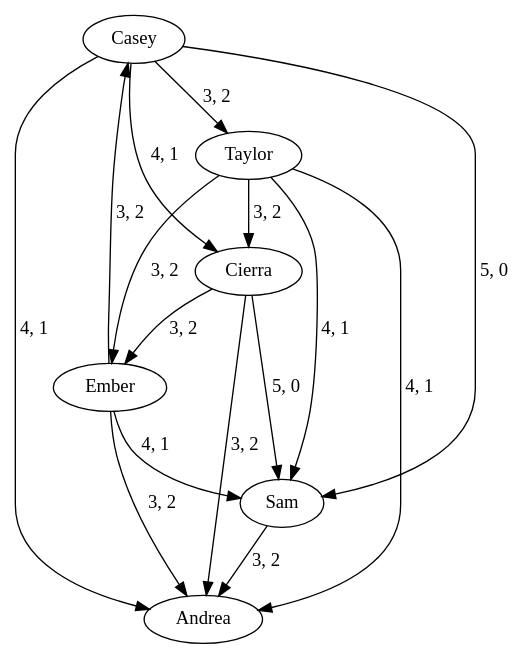
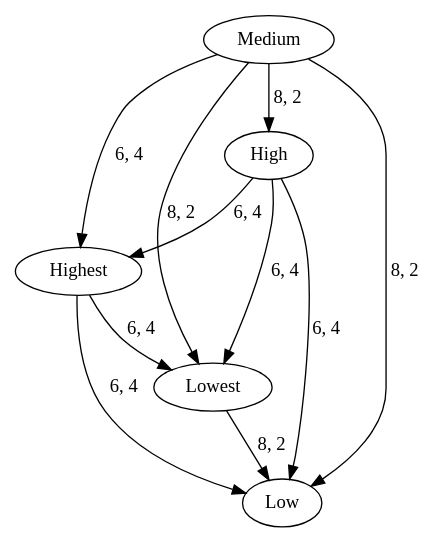
The diagram in Program3/graphImages/sameWeightPref.gv (efair4/CS5110), drawn with Graphviz before and after one commit. The commit also changed 8 other files, not shown here.

```diff
--- a/Program3/graphImages/sameWeightPref.gv
+++ b/Program3/graphImages/sameWeightPref.gv
@@ -1,23 +1,17 @@
 digraph {
-	Casey
-	Cierra
-	Ember
-	Taylor
-	Sam
-	Andrea
-	Casey -> Cierra [label="4, 1" weight=4]
-	Ember -> Casey [label="3, 2" weight=3]
-	Casey -> Taylor [label="3, 2" weight=3]
-	Casey -> Sam [label="5, 0" weight=5]
-	Casey -> Andrea [label="4, 1" weight=4]
-	Cierra -> Ember [label="3, 2" weight=3]
-	Taylor -> Cierra [label="3, 2" weight=3]
-	Cierra -> Sam [label="5, 0" weight=5]
-	Cierra -> Andrea [label="3, 2" weight=3]
-	Taylor -> Ember [label="3, 2" weight=3]
-	Ember -> Sam [label="4, 1" weight=4]
-	Ember -> Andrea [label="3, 2" weight=3]
-	Taylor -> Sam [label="4, 1" weight=4]
-	Taylor -> Andrea [label="4, 1" weight=4]
-	Sam -> Andrea [label="3, 2" weight=3]
+	Highest
+	High
+	Medium
+	Low
+	Lowest
+	High -> Highest [label="6, 4" weight=6]
+	Medium -> Highest [label="6, 4" weight=6]
+	Highest -> Low [label="6, 4" weight=6]
+	Highest -> Lowest [label="6, 4" weight=6]
+	Medium -> High [label="8, 2" weight=8]
+	High -> Low [label="6, 4" weight=6]
+	High -> Lowest [label="6, 4" weight=6]
+	Medium -> Low [label="8, 2" weight=8]
+	Medium -> Lowest [label="8, 2" weight=8]
+	Lowest -> Low [label="8, 2" weight=8]
 }
```
